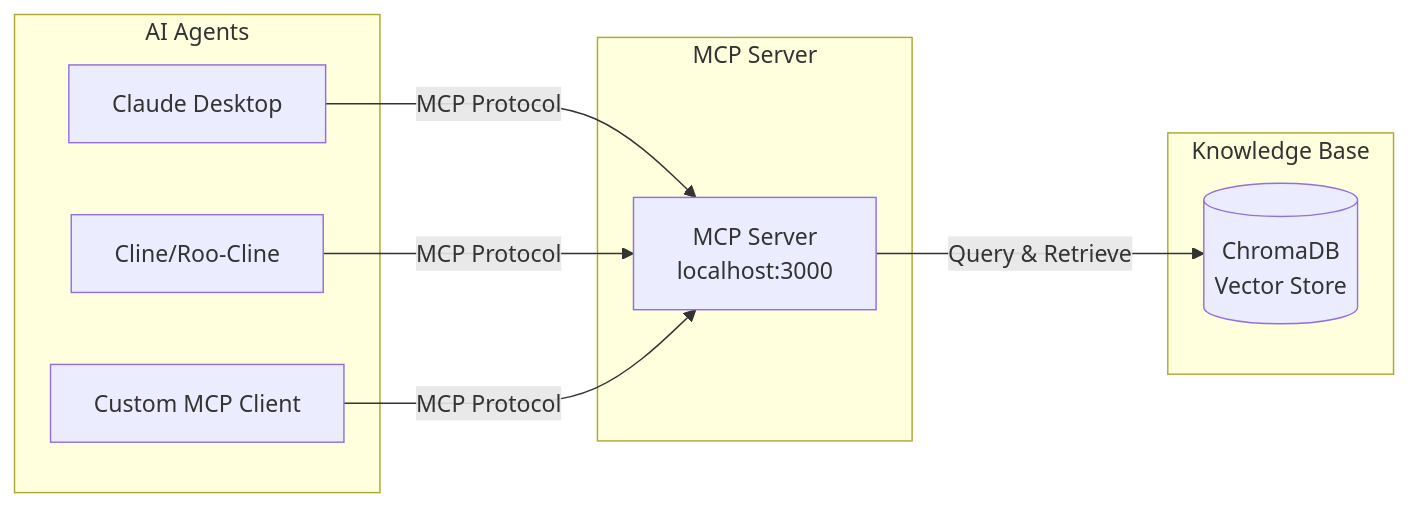
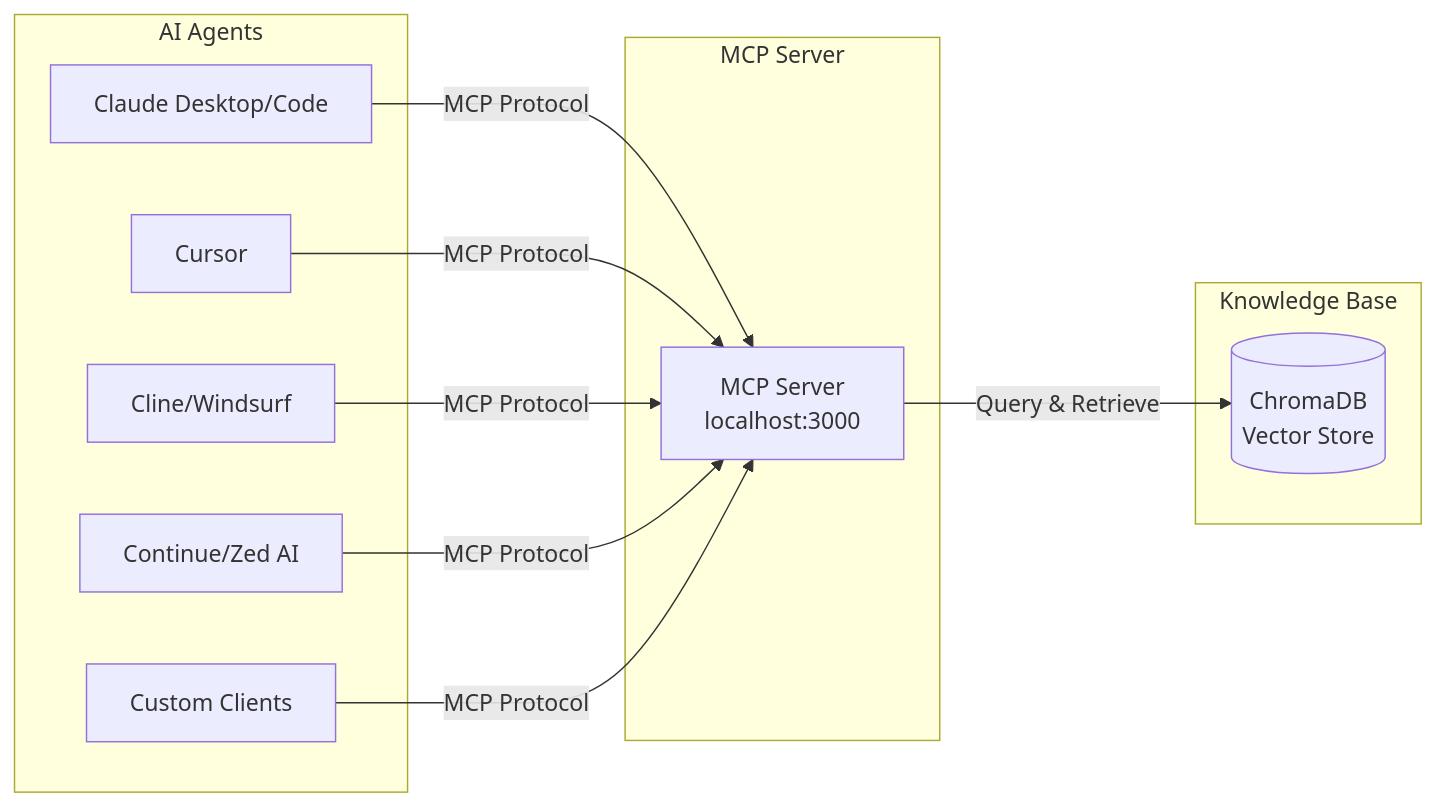
Before and after one commit to infinity8solutions/ai-docvault-rag-system: the first of 11 diagrams in README.md, drawn with Mermaid. The commit also changed other lines of this file, not shown here.

````diff
--- a/README.md
+++ b/README.md
@@ -37,21 +45,25 @@
 ```mermaid
 graph LR
     subgraph "AI Agents"
-        CLAUDE[Claude Desktop]
-        CLINE[Cline/Roo-Cline]
-        CUSTOM[Custom MCP Client]
+        CLAUDE[Claude Desktop/Code]
+        CURSOR[Cursor]
+        CLINE[Cline/Windsurf]
+        CONTINUE[Continue/Zed AI]
+        CUSTOM[Custom Clients]
     end
 
     subgraph "MCP Server"
         MCP[MCP Server<br/>localhost:3000]
     end
 
     subgraph "Knowledge Base"
         CHROMA[(ChromaDB<br/>Vector Store)]
     end
 
     CLAUDE -->|MCP Protocol| MCP
+    CURSOR -->|MCP Protocol| MCP
     CLINE -->|MCP Protocol| MCP
+    CONTINUE -->|MCP Protocol| MCP
     CUSTOM -->|MCP Protocol| MCP
     MCP -->|Query & Retrieve| CHROMA
 ```
````
